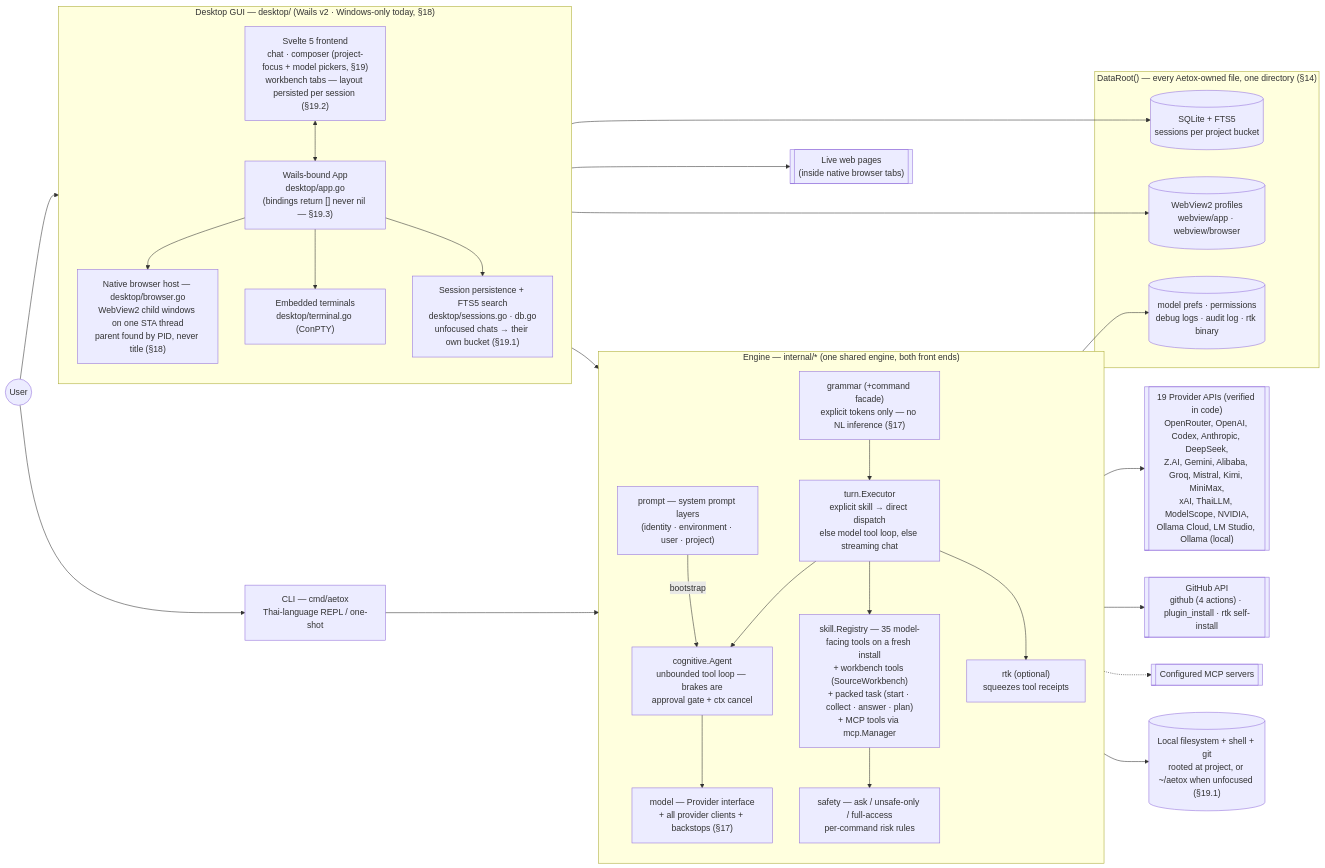
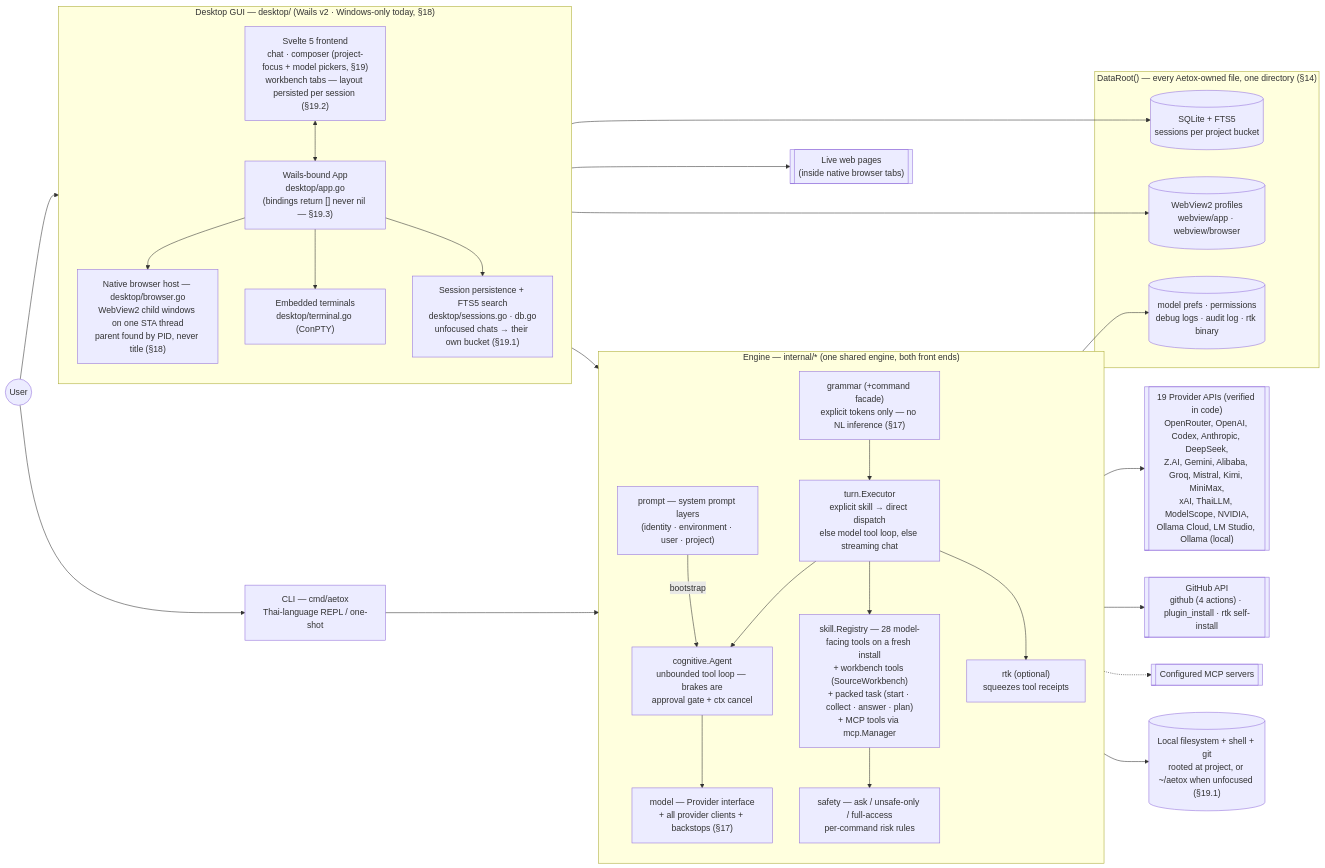
One commit to Mike0165115321/Aetox changed the first of 3 diagrams in ARCHITECTURE.md. Above: the diagram before and after it, drawn with Mermaid. The commit also changed other lines of this file and 9 other files, not shown here.

````diff
--- a/ARCHITECTURE.md
+++ b/ARCHITECTURE.md
@@ -91,64 +91,64 @@
 ```mermaid
 flowchart LR
     User(("User"))
     CLI["CLI — cmd/aetox\nThai-language REPL / one-shot"]
 
     subgraph DesktopApp["Desktop GUI — desktop/ (Wails v2 · Windows-only today, §18)"]
         direction TB
         FE["Svelte 5 frontend\nchat · composer (project-focus + model pickers, §19)\nworkbench tabs — layout persisted per session (§19.2)"]
         Bindings["Wails-bound App\ndesktop/app.go\n(bindings return [] never nil — §19.3)"]
         BrowserHost["Native browser host — desktop/browser.go\nWebView2 child windows on one STA thread\nparent found by PID, never title (§18)"]
         Term["Embedded terminals\ndesktop/terminal.go (ConPTY)"]
         Sessions["Session persistence + FTS5 search\ndesktop/sessions.go · db.go\nunfocused chats → their own bucket (§19.1)"]
         FE <--> Bindings
         Bindings --> BrowserHost
         Bindings --> Term
         Bindings --> Sessions
     end
 
     subgraph Engine["Engine — internal/* (one shared engine, both front ends)"]
         direction TB
         Grammar["grammar (+command facade)\nexplicit tokens only — no NL inference (§17)"]
         Turn["turn.Executor\nexplicit skill → direct dispatch\nelse model tool loop, else streaming chat"]
         Cog["cognitive.Agent\nunbounded tool loop — brakes are\napproval gate + ctx cancel"]
-        Skills["skill.Registry — 35 model-facing tools on a fresh install\n+ workbench tools (SourceWorkbench)\n+ packed task (start · collect · answer · plan)\n+ MCP tools via mcp.Manager"]
+        Skills["skill.Registry — 28 model-facing tools on a fresh install\n+ workbench tools (SourceWorkbench)\n+ packed task (start · collect · answer · plan)\n+ MCP tools via mcp.Manager"]
         Safety["safety — ask / unsafe-only / full-access\nper-command risk rules"]
         Prompt["prompt — system prompt layers\n(identity · environment · user · project)"]
         RTK["rtk (optional)\nsqueezes tool receipts"]
         Model["model — Provider interface\n+ all provider clients + backstops (§17)"]
         Grammar --> Turn
         Turn --> Cog
         Cog --> Model
         Turn --> Skills
         Skills --> Safety
         Turn --> RTK
         Prompt -->|bootstrap| Cog
     end
 
     User --> FE
     User --> CLI
     CLI --> Engine
     Bindings --> Engine
 
     Providers[["19 Provider APIs (verified in code)\nOpenRouter, OpenAI, Codex, Anthropic, DeepSeek,\nZ.AI, Gemini, Alibaba, Groq, Mistral, Kimi, MiniMax,\nxAI, ThaiLLM, ModelScope, NVIDIA,\nOllama Cloud, LM Studio, Ollama (local)"]]
     GH[["GitHub API\ngithub (4 actions) · plugin_install · rtk self-install"]]
     MCPExt[["Configured MCP servers"]]
     Web[["Live web pages\n(inside native browser tabs)"]]
     FS[("Local filesystem + shell + git\nrooted at project, or ~/aetox when unfocused (§19.1)")]
 
     Model --> Providers
     Skills --> GH
     Skills --> FS
     Skills -.-> MCPExt
     BrowserHost --> Web
 
     subgraph Data["DataRoot() — every Aetox-owned file, one directory (§14)"]
         DB[("SQLite + FTS5\nsessions per project bucket")]
         Profiles[("WebView2 profiles\nwebview/app · webview/browser")]
         Misc[("model prefs · permissions\ndebug logs · audit log · rtk binary")]
     end
 
     Sessions --> DB
     BrowserHost --> Profiles
     Engine --> Misc
 ```
````
